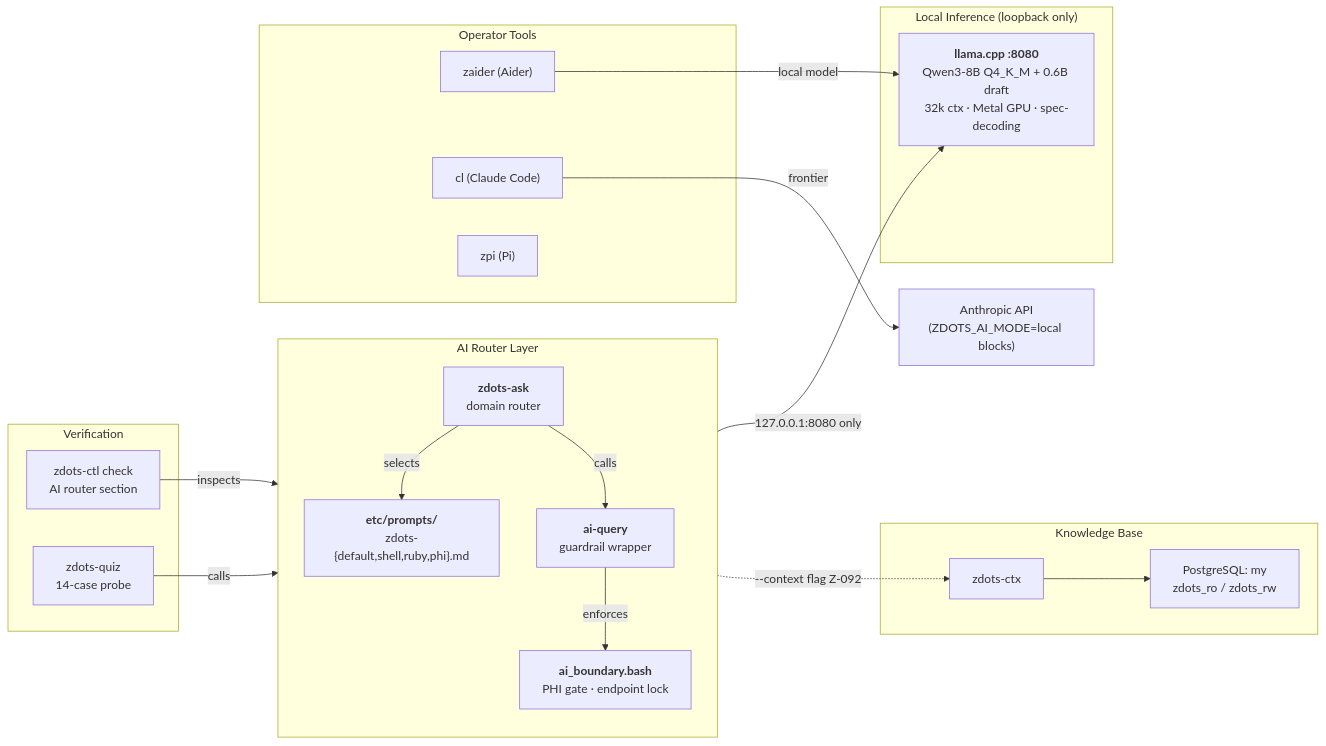
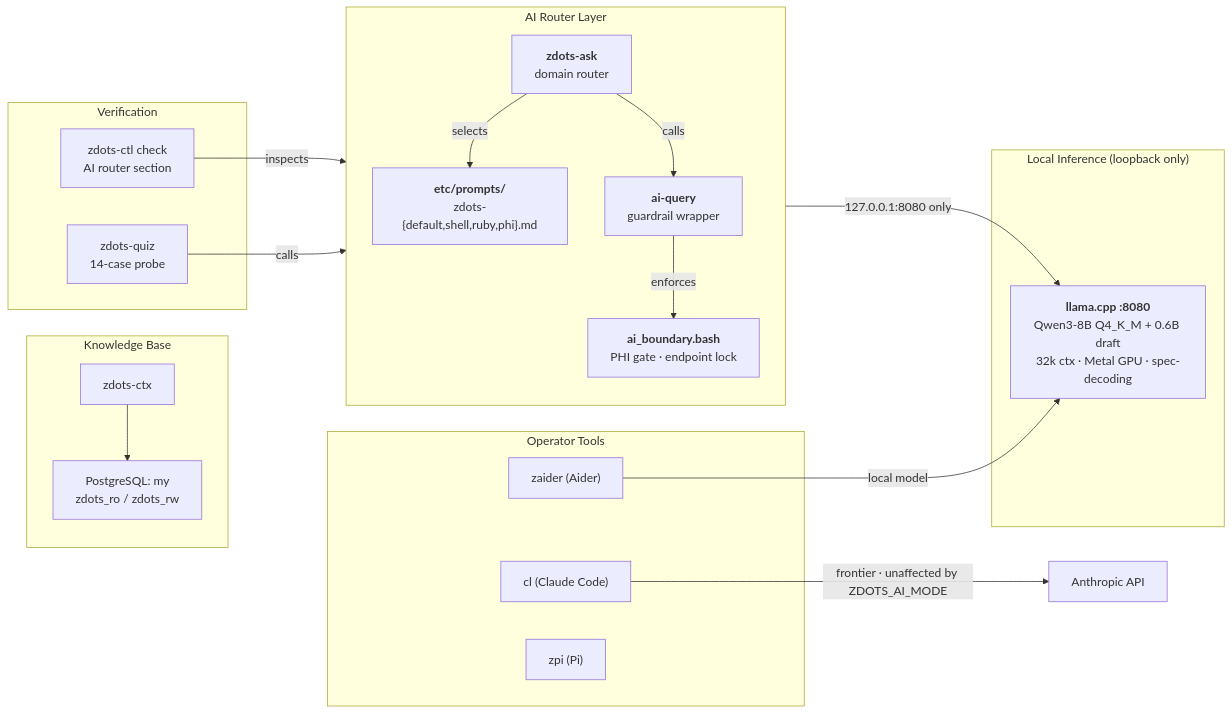
The first of 7 diagrams in docs/local-ai.md (just3ws/zdots), drawn with Mermaid before and after one commit. The commit also changed 3 other files, not shown here.

First line of the commit message:
docs(diagrams): fix accuracy across all Mermaid diagrams

````diff
--- a/docs/local-ai.md
+++ b/docs/local-ai.md
@@ -22,41 +22,40 @@
 ```mermaid
 flowchart LR
     subgraph Router["AI Router Layer"]
         direction TB
         ask["<b>zdots-ask</b>\ndomain router"]
         prompts["<b>etc/prompts/</b>\nzdots-{default,shell,ruby,phi}.md"]
         aiquery["<b>ai-query</b>\nguardrail wrapper"]
         boundary["<b>ai_boundary.bash</b>\nPHI gate · endpoint lock"]
         ask -->|selects| prompts
         ask -->|calls| aiquery
         aiquery -->|enforces| boundary
     end
 
     subgraph Inference["Local Inference (loopback only)"]
         llama["<b>llama.cpp :8080</b>\nQwen3-8B Q4_K_M + 0.6B draft\n32k ctx · Metal GPU · spec-decoding"]
     end
 
     subgraph Tools["Operator Tools"]
         zaider["zaider (Aider)"]
         cl["cl (Claude Code)"]
         zpi["zpi (Pi)"]
     end
 
     subgraph Knowledge["Knowledge Base"]
         ctxcli["zdots-ctx"]
         pg["PostgreSQL: my\nzdots_ro / zdots_rw"]
         ctxcli --> pg
     end
 
     subgraph Ops["Verification"]
         ctl["zdots-ctl check\nAI router section"]
         quiz["zdots-quiz\n14-case probe"]
         quiz -->|calls| ask
         ctl -->|inspects| ask
     end
 
     boundary -->|127.0.0.1:8080 only| llama
-    ask -.->|--context flag Z-092| ctxcli
     zaider -->|local model| llama
-    cl -->|frontier| ext["Anthropic API\n(ZDOTS_AI_MODE=local blocks)"]
+    cl -->|frontier · unaffected by ZDOTS_AI_MODE| ext["Anthropic API"]
 ```
````
